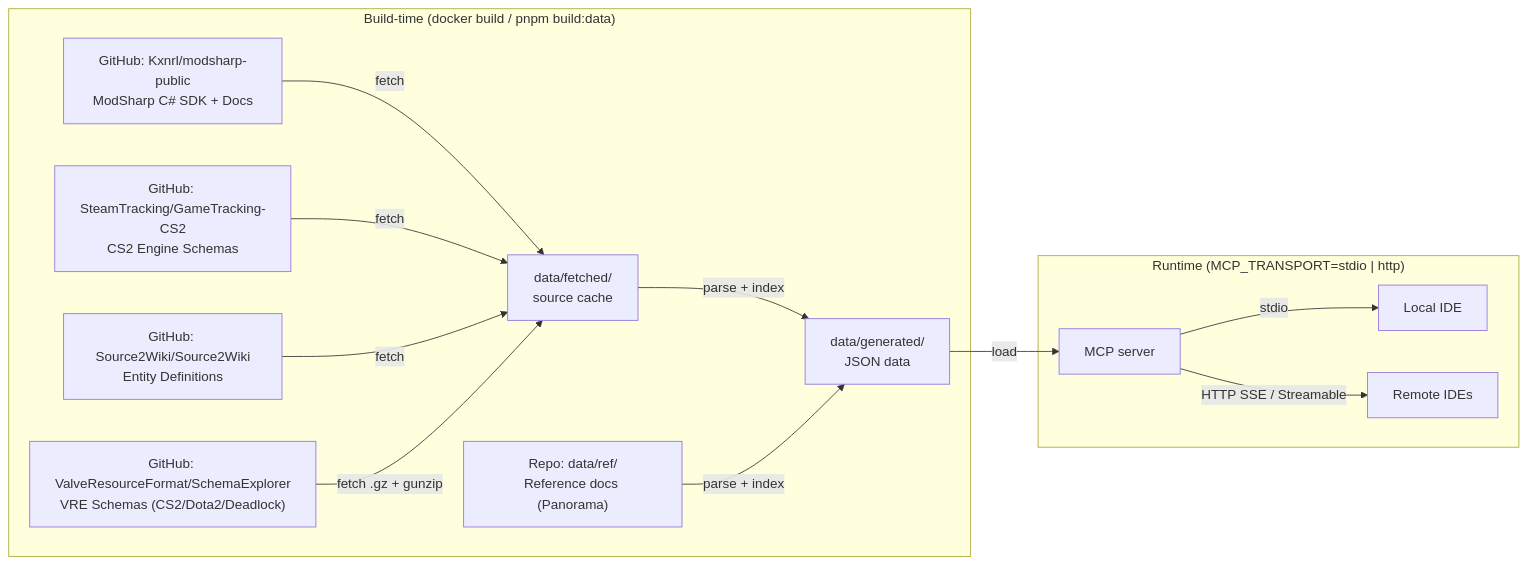
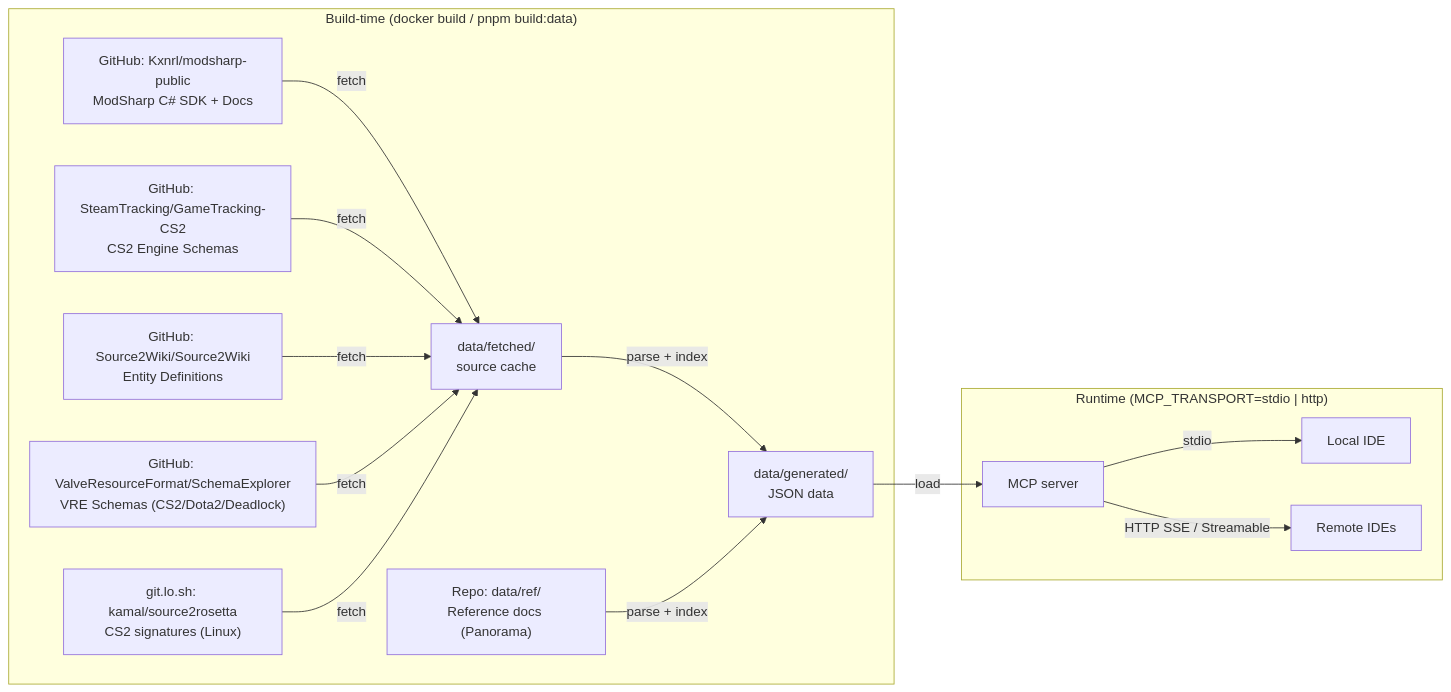
One commit to hnrobert/modsharp-public-mcp changed the diagram in README.md. Above: the diagram before and after it, drawn with Mermaid. The commit also changed other lines of this file and 15 other files, not shown here.

First line of the commit message:
feat: add support for source2rosetta integration

````diff
--- a/README.md
+++ b/README.md
@@ -193,16 +199,17 @@
 ```mermaid
 graph LR
   subgraph build["Build-time (docker build / pnpm build:data)"]
     A["GitHub: Kxnrl/modsharp-public<br/>ModSharp C# SDK + Docs"] -->|fetch| B["data/fetched/<br/>source cache"]
     F["GitHub: SteamTracking/GameTracking-CS2<br/>CS2 Engine Schemas"] -->|fetch| B
     G["GitHub: Source2Wiki/Source2Wiki<br/>Entity Definitions"] -->|fetch| B
-    V["GitHub: ValveResourceFormat/SchemaExplorer<br/>VRE Schemas (CS2/Dota2/Deadlock)"] -->|fetch .gz + gunzip| B
+    V["GitHub: ValveResourceFormat/SchemaExplorer<br/>VRE Schemas (CS2/Dota2/Deadlock)"] -->|fetch| B
+    RO["git.lo.sh: kamal/source2rosetta<br/>CS2 signatures (Linux)"] -->|fetch| B
     B -->|parse + index| C["data/generated/<br/>JSON data"]
     R["Repo: data/ref/<br/>Reference docs (Panorama)"] -->|parse + index| C
   end
   subgraph runtime["Runtime (MCP_TRANSPORT=stdio | http)"]
     C -->|load| D["MCP server"]
     D -->|stdio| E["Local IDE"]
     D -->|HTTP SSE / Streamable| H["Remote IDEs"]
   end
 ```
````
